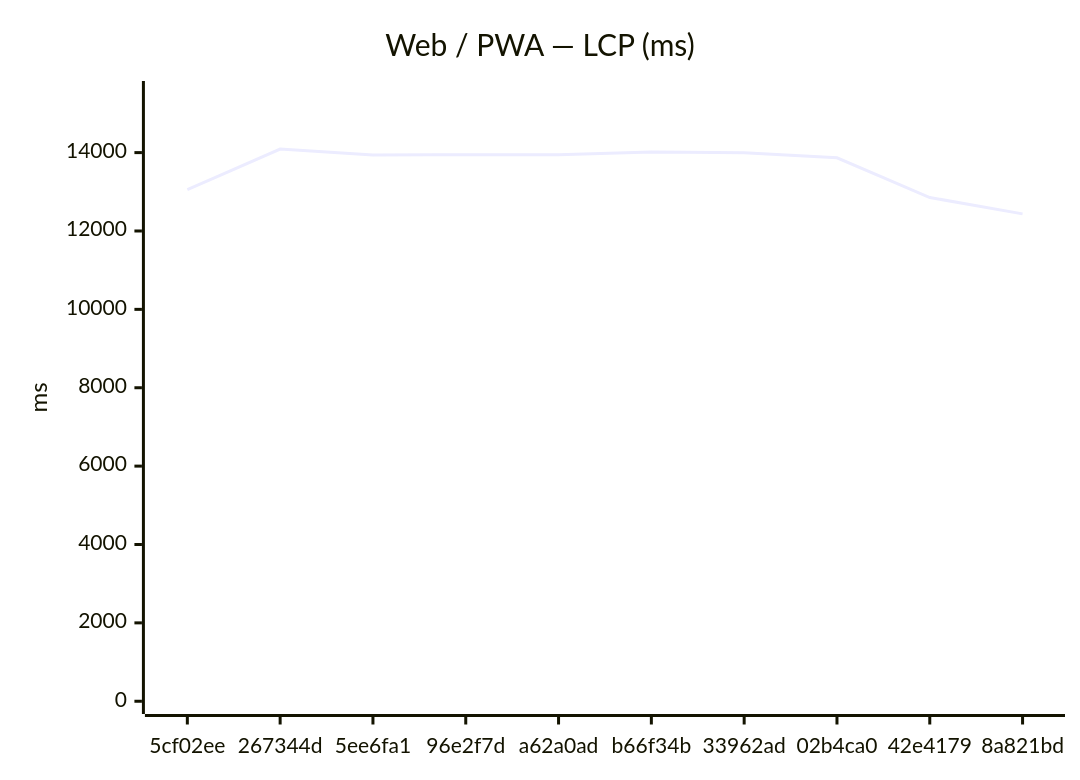
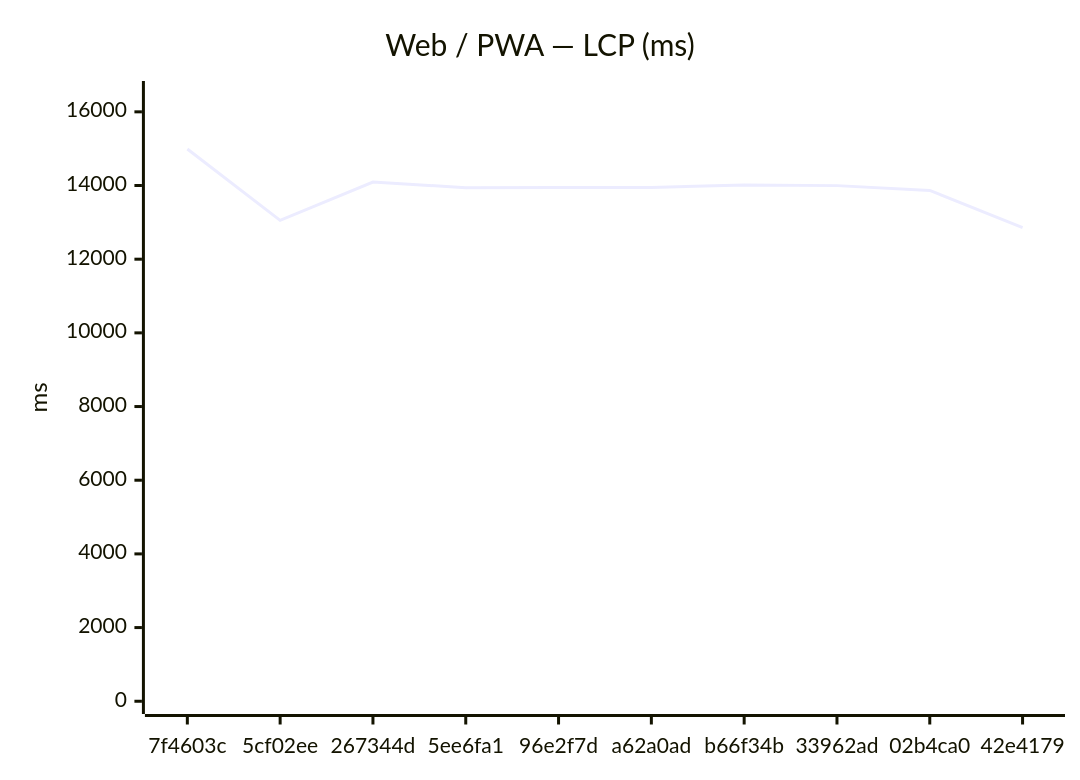
The first of 18 diagrams in benchmarks/compare.md (Metaheurist/Rianell), drawn with Mermaid before and after one commit. The commit also changed other lines of this file and 11 other files, not shown here.

````diff
--- a/benchmarks/compare.md
+++ b/benchmarks/compare.md
@@ -24,7 +24,7 @@
 ```mermaid
 xychart-beta
     title "Web / PWA — LCP (ms)"
-    x-axis ["5cf02ee", "267344d", "5ee6fa1", "96e2f7d", "a62a0ad", "b66f34b", "33962ad", "02b4ca0", "42e4179", "8a821bd"]
-    y-axis "ms" 0 --> 15502
-    line [13053, 14092, 13942, 13945, 13945, 14014, 13997, 13868, 12854, 12437]
+    x-axis ["7f4603c", "5cf02ee", "267344d", "5ee6fa1", "96e2f7d", "a62a0ad", "b66f34b", "33962ad", "02b4ca0", "42e4179"]
+    y-axis "ms" 0 --> 16491
+    line [14991, 13053, 14092, 13942, 13945, 13945, 14014, 13997, 13868, 12854]
 ```
````
